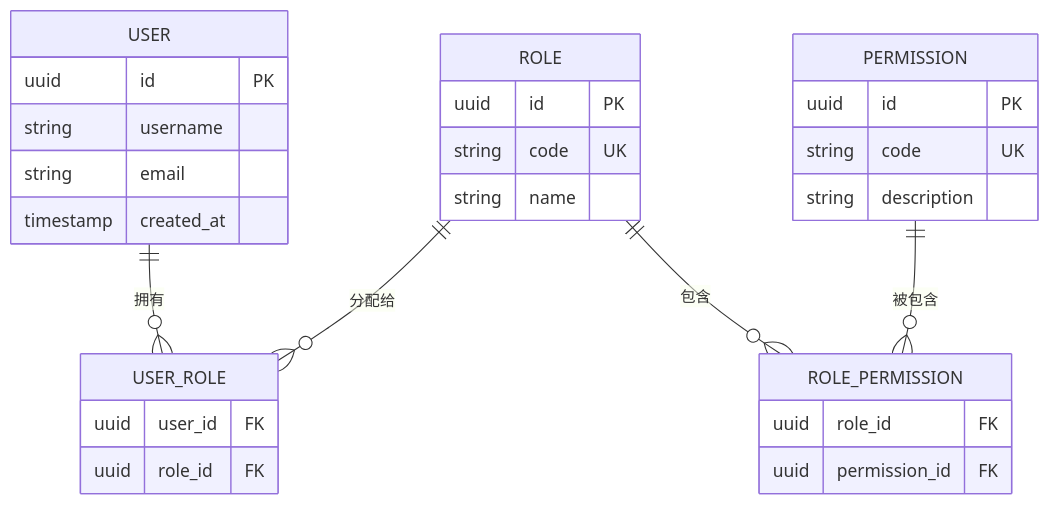
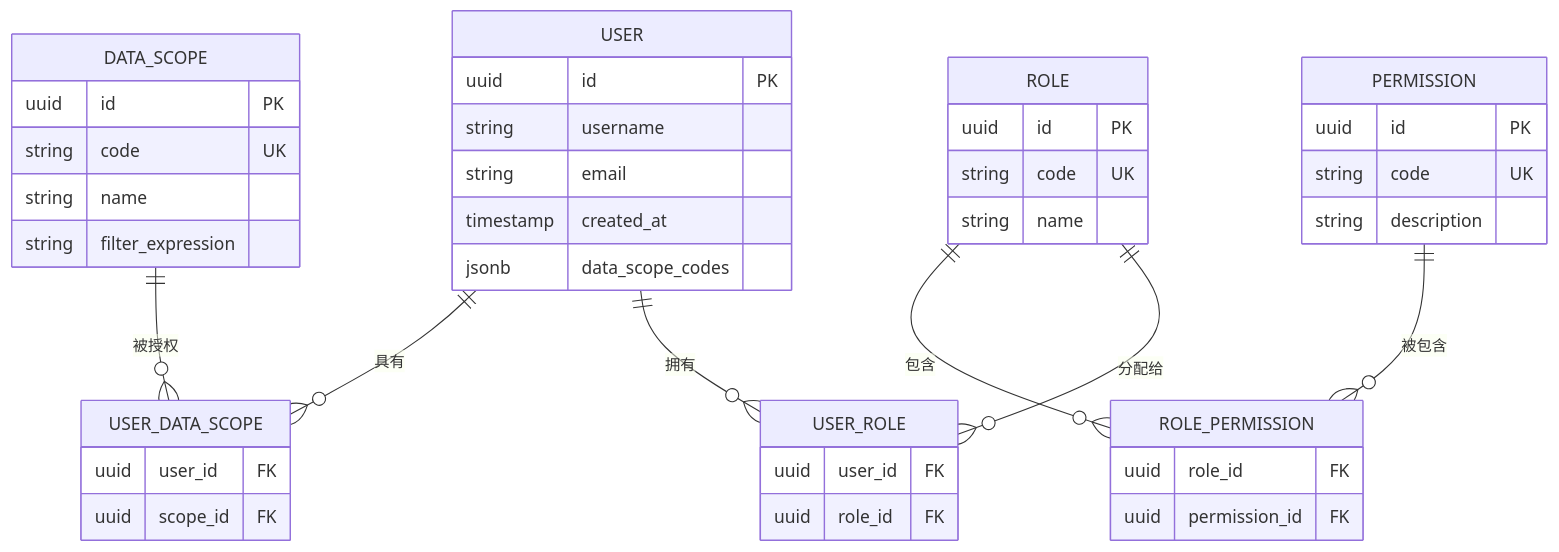
Before and after one commit to Damao997/newproject: the fourth of 8 diagrams in .qoder/repowiki/zh/content/安全指南/认证与授权安全.md, drawn with Mermaid. The commit also changed other lines of this file and 118 other files, not shown here.

````diff
--- a/.qoder/repowiki/zh/content/安全指南/认证与授权安全.md
+++ b/.qoder/repowiki/zh/content/安全指南/认证与授权安全.md
@@ -189,31 +215,44 @@
 ```mermaid
 erDiagram
 USER {
 uuid id PK
 string username
 string email
 timestamp created_at
+jsonb data_scope_codes
 }
 ROLE {
 uuid id PK
 string code UK
 string name
 }
 PERMISSION {
 uuid id PK
 string code UK
 string description
 }
+DATA_SCOPE {
+uuid id PK
+string code UK
+string name
+string filter_expression
+}
 USER_ROLE {
 uuid user_id FK
 uuid role_id FK
 }
 ROLE_PERMISSION {
 uuid role_id FK
 uuid permission_id FK
 }
+USER_DATA_SCOPE {
+uuid user_id FK
+uuid scope_id FK
+}
 USER ||--o{ USER_ROLE : "拥有"
 ROLE ||--o{ USER_ROLE : "分配给"
 ROLE ||--o{ ROLE_PERMISSION : "包含"
 PERMISSION ||--o{ ROLE_PERMISSION : "被包含"
+USER ||--o{ USER_DATA_SCOPE : "具有"
+DATA_SCOPE ||--o{ USER_DATA_SCOPE : "被授权"
 ```
````
